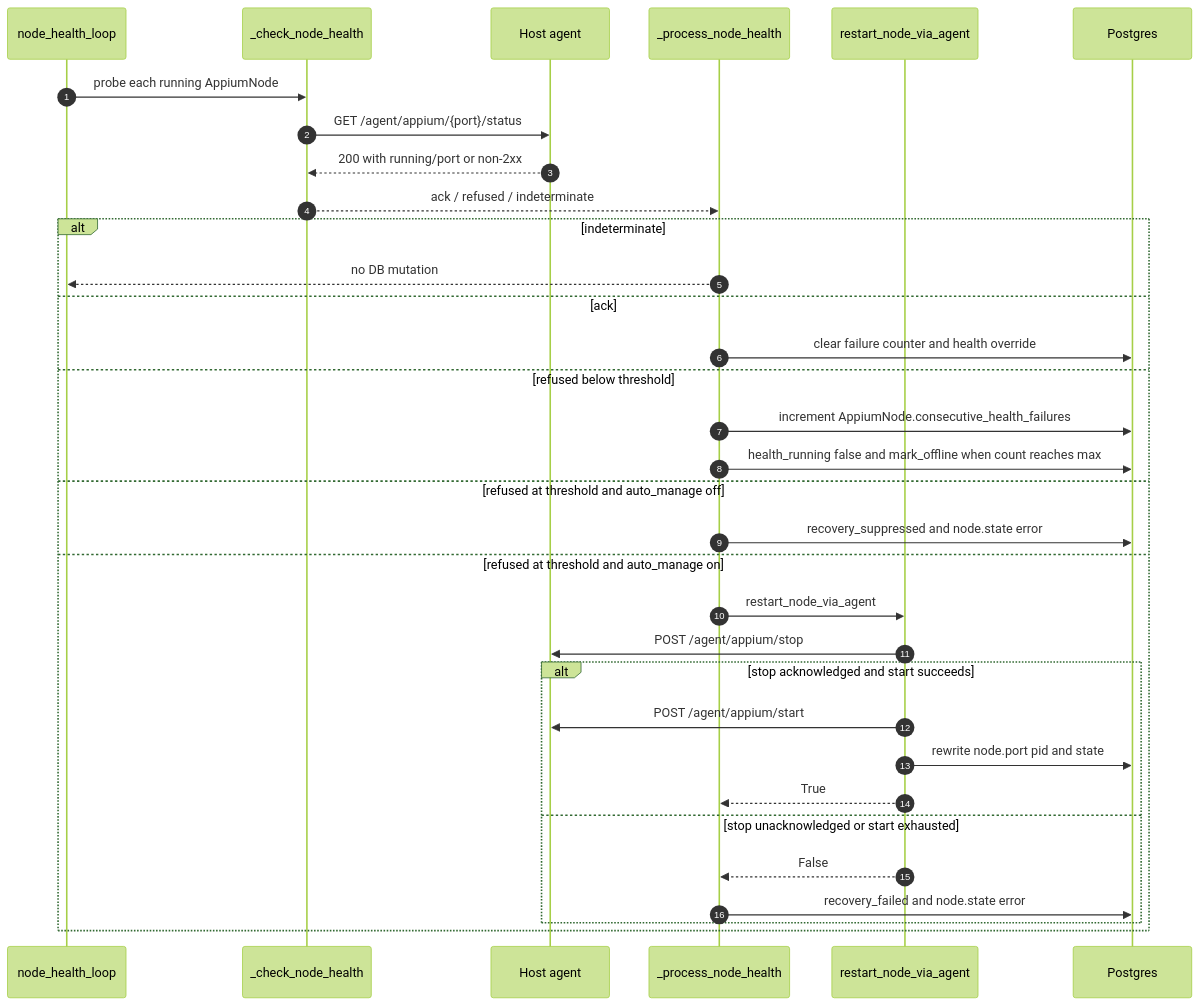
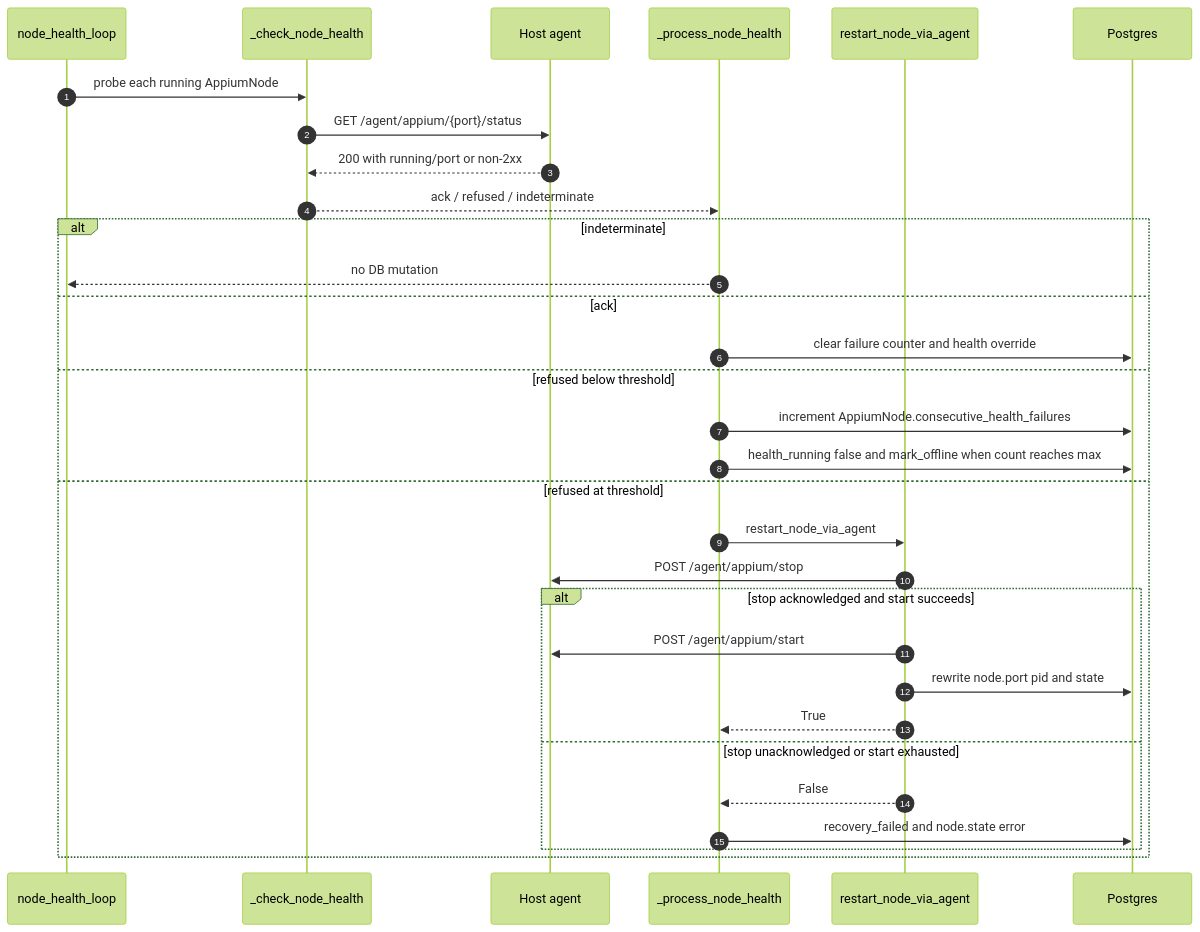
One commit to quidow/gridfleet changed the fifth of 5 diagrams in docs/design/02-node-lifecycle.md. Above: the diagram before and after it, drawn with Mermaid (forest theme). The commit also changed 9 other files, not shown here.

Commit message:
docs(docs): remove all auto_manage references from design docs, guides, and runbooks

````diff
--- a/docs/design/02-node-lifecycle.md
+++ b/docs/design/02-node-lifecycle.md
@@ -177,36 +177,34 @@
 ```mermaid
 sequenceDiagram
     autonumber
     participant L as node_health_loop
     participant Probe as _check_node_health
     participant Agent as Host agent
     participant Process as _process_node_health
     participant Restart as restart_node_via_agent
     participant Pg as Postgres
 
     L->>Probe: probe each running AppiumNode
     Probe->>Agent: GET /agent/appium/{port}/status
     Agent-->>Probe: 200 with running/port or non-2xx
     Probe-->>Process: ack / refused / indeterminate
     alt indeterminate
         Process-->>L: no DB mutation
     else ack
         Process->>Pg: clear failure counter and health override
     else refused below threshold
         Process->>Pg: increment AppiumNode.consecutive_health_failures
         Process->>Pg: health_running false and mark_offline when count reaches max
-    else refused at threshold and auto_manage off
-        Process->>Pg: recovery_suppressed and node.state error
-    else refused at threshold and auto_manage on
+    else refused at threshold
         Process->>Restart: restart_node_via_agent
         Restart->>Agent: POST /agent/appium/stop
         alt stop acknowledged and start succeeds
             Restart->>Agent: POST /agent/appium/start
             Restart->>Pg: rewrite node.port pid and state
             Restart-->>Process: True
         else stop unacknowledged or start exhausted
             Restart-->>Process: False
             Process->>Pg: recovery_failed and node.state error
         end
     end
 ```
````
